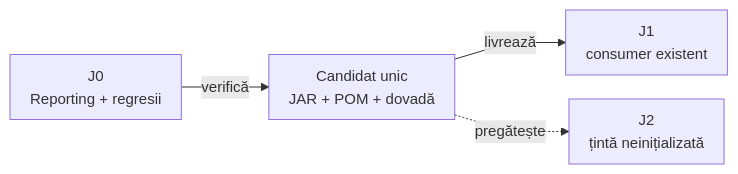
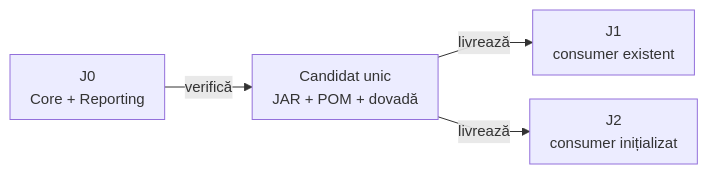
One commit to crististefanita/atf_j2 changed the diagram in docs/ATF_Workspace_Synchronization.md. Above: the diagram before and after it, drawn with Mermaid. The commit also changed other lines of this file and 360 other files, not shown here.

````diff
--- a/docs/ATF_Workspace_Synchronization.md
+++ b/docs/ATF_Workspace_Synchronization.md
@@ -21,7 +21,7 @@
 ```mermaid
 %%{init: {"themeVariables":{"fontSize":"15px"},"themeCSS":".nodeLabel, .nodeLabel p { font-size: 15px !important; line-height: 1.35 !important; } .edgeLabel, .edgeLabel p { font-size: 12px !important; font-weight: 400 !important; line-height: 1.2 !important; } .edgeLabel .labelBkg, .edgeLabel p { background: transparent !important; } .edgeLabel foreignObject { transform: translateY(-18px); overflow: visible; } .node rect { rx: 6px; ry: 6px; }","flowchart":{"curve":"linear","nodeSpacing":24,"rankSpacing":40,"padding":10,"diagramPadding":16}}}%%
 flowchart LR
-    Source["J0<br/>Reporting + regresii"] -->|verifică| Candidate["Candidat unic<br/>JAR + POM + dovadă"]
+    Source["J0<br/>Core + Reporting"] -->|verifică| Candidate["Candidat unic<br/>JAR + POM + dovadă"]
     Candidate -->|livrează| J1["J1<br/>consumer existent"]
-    Candidate -. pregătește .-> J2["J2<br/>țintă neinițializată"]
+    Candidate -->|livrează| J2["J2<br/>consumer inițializat"]
 ```
````
